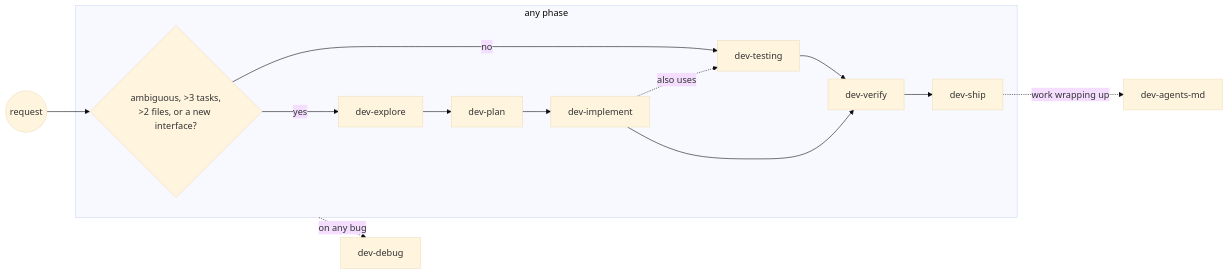
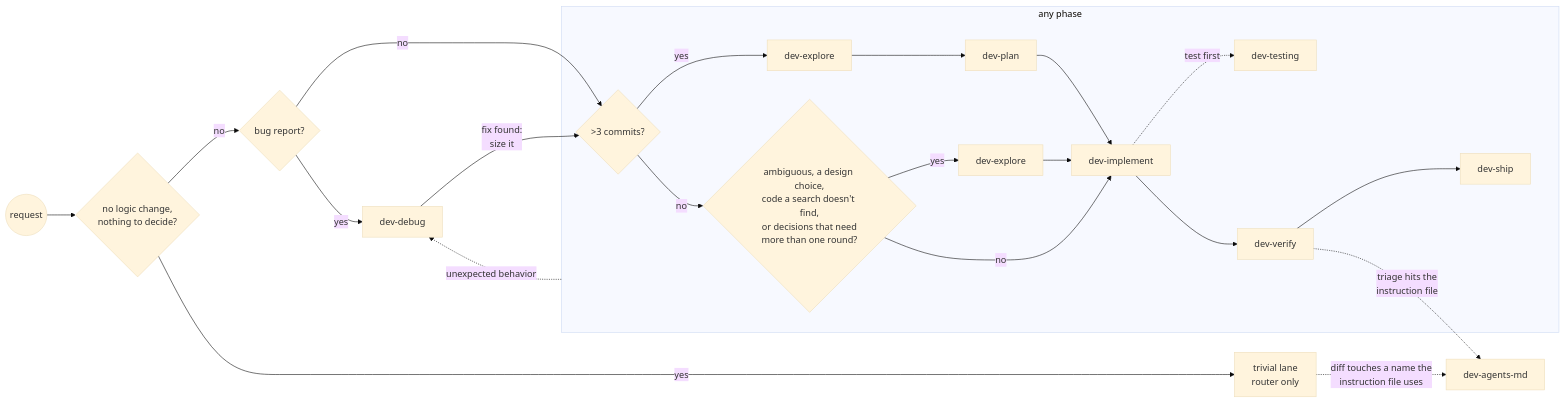
Before and after one commit to andresdigiovanni/dev-workflow: the diagram in README.md, drawn with Mermaid (base theme). The commit also changed other lines of this file and 14 other files, not shown here.

````diff
--- a/README.md
+++ b/README.md
@@ -27,17 +28,24 @@
 ```mermaid
 flowchart LR
-    req((request)) --> gate{"ambiguous, &gt;3 tasks,<br/>&gt;2 files, or a new interface?"}
+    req((request)) --> trivial{"no logic change,<br/>nothing to decide?"}
+    trivial -->|yes| tlane["trivial lane<br/>router only"]
+    trivial -->|no| bug{"bug report?"}
+    bug -->|yes| debug[dev-debug]
+    bug -->|no| big{"&gt;3 commits?"}
+    debug -->|"fix found:<br/>size it"| big
 
     subgraph anyphase[any phase]
-        gate -->|no| testing[dev-testing]
-        gate -->|yes| explore[dev-explore] --> plan[dev-plan] --> implement[dev-implement]
+        big -->|yes| explore_p[dev-explore] --> plan[dev-plan] --> implement[dev-implement]
+        big -->|no| unclear{"ambiguous, a design choice,<br/>code a search doesn't find,<br/>or decisions that need<br/>more than one round?"}
+        unclear -->|yes| explore[dev-explore] --> implement
+        unclear -->|no| implement
 
-        implement -.->|also uses| testing
+        implement -.->|test first| testing[dev-testing]
 
-        testing --> verify[dev-verify] --> ship[dev-ship]
-        implement --> verify
+        implement --> verify[dev-verify] --> ship[dev-ship]
     end
 
-    anyphase -.->|on any bug| debug[dev-debug]
-    ship -.->|work wrapping up| agentsmd[dev-agents-md]
+    verify -.->|triage hits the<br/>instruction file| agentsmd[dev-agents-md]
+    tlane -.->|diff touches a name the<br/>instruction file uses| agentsmd
+    anyphase -.->|unexpected behavior| debug
 ```
````
